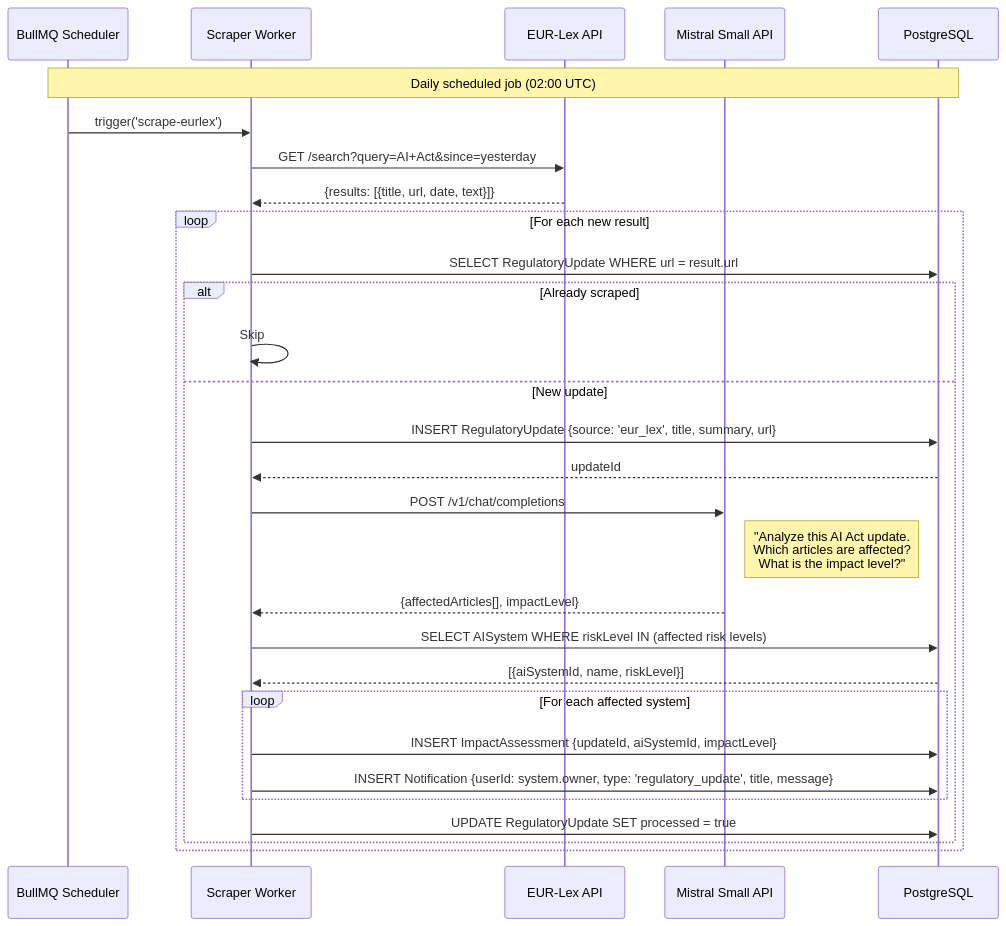
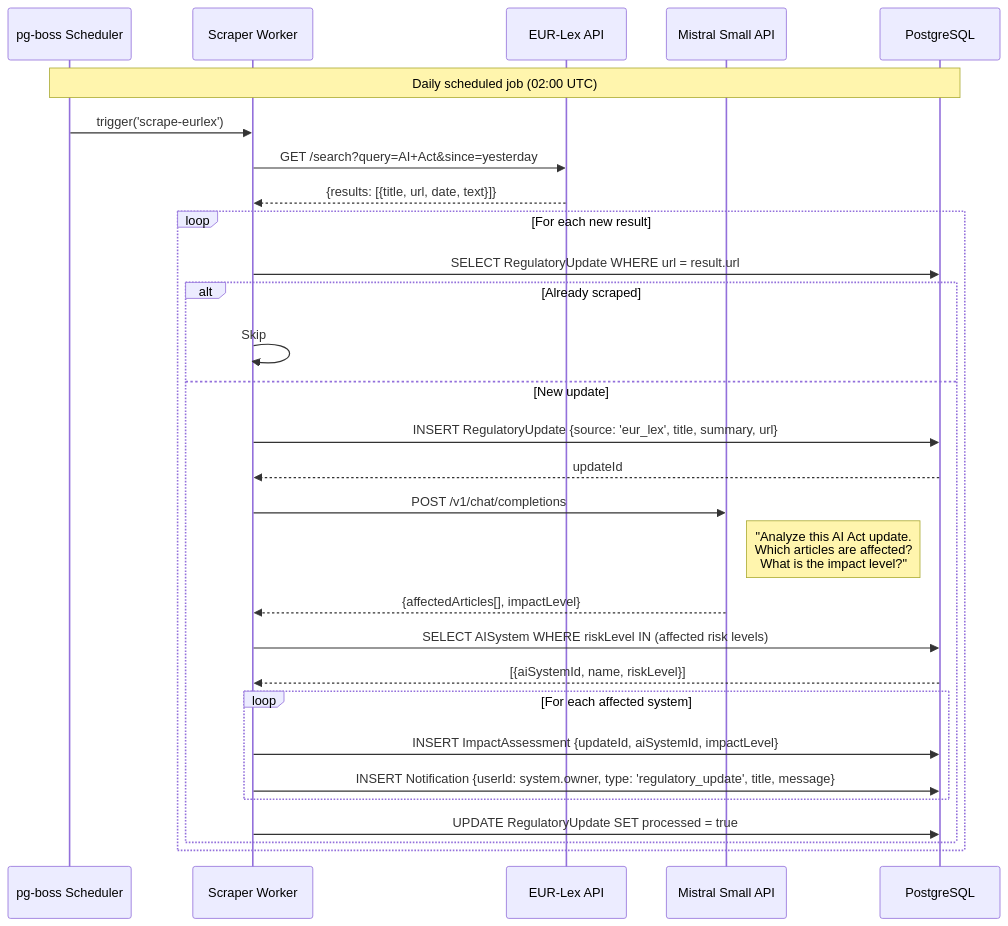
Before and after one commit to complior/complior: the ninth of 10 diagrams in docs/DATA-FLOWS.md, drawn with Mermaid. The commit also changed other lines of this file and 2 other files, not shown here.

First line of the commit message:
docs: replace BullMQ+Redis with pg-boss (PostgreSQL-native) for MVP

````diff
--- a/docs/DATA-FLOWS.md
+++ b/docs/DATA-FLOWS.md
@@ -429,39 +417,39 @@
 ```mermaid
 sequenceDiagram
-    participant Cron as BullMQ Scheduler
+    participant Cron as pg-boss Scheduler
     participant Worker as Scraper Worker
     participant EURLex as EUR-Lex API
     participant LLM as Mistral Small API
     participant DB as PostgreSQL
 
     Note over Cron,DB: Daily scheduled job (02:00 UTC)
 
     Cron->>Worker: trigger('scrape-eurlex')
 
     Worker->>EURLex: GET /search?query=AI+Act&since=yesterday
     EURLex-->>Worker: {results: [{title, url, date, text}]}
 
     loop For each new result
         Worker->>DB: SELECT RegulatoryUpdate WHERE url = result.url
         alt Already scraped
             Worker->>Worker: Skip
         else New update
             Worker->>DB: INSERT RegulatoryUpdate {source: 'eur_lex', title, summary, url}
             DB-->>Worker: updateId
 
             Worker->>LLM: POST /v1/chat/completions
             Note right of LLM: "Analyze this AI Act update.<br/>Which articles are affected?<br/>What is the impact level?"
             LLM-->>Worker: {affectedArticles[], impactLevel}
 
             Worker->>DB: SELECT AISystem WHERE riskLevel IN (affected risk levels)
             DB-->>Worker: [{aiSystemId, name, riskLevel}]
 
             loop For each affected system
                 Worker->>DB: INSERT ImpactAssessment {updateId, aiSystemId, impactLevel}
                 Worker->>DB: INSERT Notification {userId: system.owner, type: 'regulatory_update', title, message}
             end
 
             Worker->>DB: UPDATE RegulatoryUpdate SET processed = true
         end
     end
 ```
````
